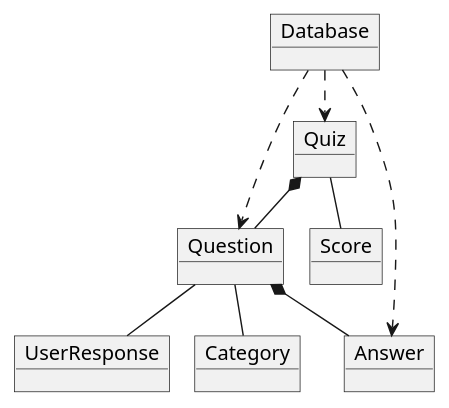
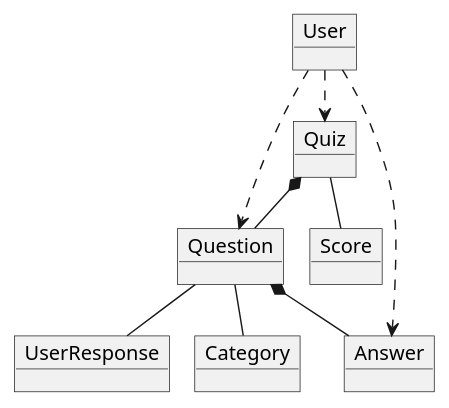
Before and after one commit to Gabbyskii/SP4: the diagram in doc-diagram/Domænemodel.puml, drawn with PlantUML. The commit also changed 1 other file, not shown here.

Commit message:
klassediagram + domænemodel v1!!

```diff
--- a/doc-diagram/Domænemodel.puml
+++ b/doc-diagram/Domænemodel.puml
@@ -1,34 +1,34 @@
 @startuml
 !pragma layout smetana
 
 ' Domænemodel for Java Quiz Applikation
 
 object Quiz
 object Question
 object Answer
 object Score
 object UserResponse
 object Category
-object Database
+object User
 
 ' Komposition - Quiz består af Questions
 Quiz *-- Question
 
 ' Komposition - Question består af Answers
 Question *-- Answer
 
 ' Association - Quiz tracker Score
 Quiz -- Score
 
 ' Association - Question tilhører Category
 Question -- Category
 
 ' Association - Question modtager UserResponse
 Question -- UserResponse
 
 ' Dependency - DatabaseManager håndterer data
-Database ..> Quiz
-Database ..> Question
-Database ..> Answer
+User ..> Quiz
+User ..> Question
+User ..> Answer
 
 @enduml
```
